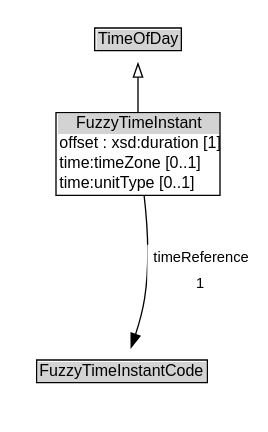
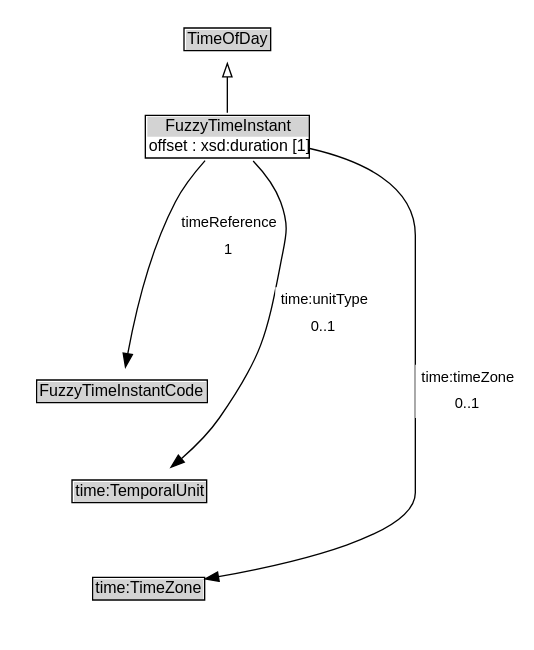
The diagram in docs/diagrams/FuzzyTimeInstant.dot (k-vaughn/ontology-its-time), drawn with Graphviz before and after one commit. The commit also changed 77 other files, not shown here.

```diff
--- a/docs/diagrams/FuzzyTimeInstant.dot
+++ b/docs/diagrams/FuzzyTimeInstant.dot
@@ -1,24 +1,32 @@
 // Diagram for FuzzyTimeInstant
 digraph {
 	graph [overlap=false rankdir=TB splines=true]
 	node [fontname=Arial fontsize=12 margin=0 shape=none]
 	edge [fontname=Arial fontsize=11]
 	{
 		rank=source
 		TimeOfDay [label=<<TABLE BORDER="1" CELLBORDER="0" CELLSPACING="0" CELLPADDING="1"><TR><TD BGCOLOR="lightgray" ALIGN="CENTER">TimeOfDay</TD></TR></TABLE>> URL="../TimeOfDay" margin=0]
 	}
-	FuzzyTimeInstant [label=<<TABLE BORDER="1" CELLBORDER="0" CELLSPACING="0" CELLPADDING="1"><TR><TD BGCOLOR="lightgray" ALIGN="CENTER">FuzzyTimeInstant</TD></TR><TR><TD ALIGN="LEFT">offset : xsd:duration [1]</TD></TR><TR><TD ALIGN="LEFT">time:timeZone [0..1]</TD></TR><TR><TD ALIGN="LEFT">time:unitType [0..1]</TD></TR></TABLE>> URL="../FuzzyTimeInstant" margin=0]
+	FuzzyTimeInstant [label=<<TABLE BORDER="1" CELLBORDER="0" CELLSPACING="0" CELLPADDING="1"><TR><TD BGCOLOR="lightgray" ALIGN="CENTER">FuzzyTimeInstant</TD></TR><TR><TD ALIGN="LEFT">offset : xsd:duration [1]</TD></TR></TABLE>> URL="../FuzzyTimeInstant" margin=0]
 	{
 		rank=max
 	}
 	subgraph cluster_associated {
 		label="" style=invis
 		Invis [label=<<TABLE BORDER="0" CELLBORDER="0" CELLSPACING="0" CELLPADDING="1"><TR><TD></TD></TR></TABLE>> margin=0 style=invis]
 		FuzzyTimeInstantCode [label=<<TABLE BORDER="1" CELLBORDER="0" CELLSPACING="0" CELLPADDING="1"><TR><TD BGCOLOR="lightgray" ALIGN="CENTER">FuzzyTimeInstantCode</TD></TR></TABLE>> URL="../FuzzyTimeInstantCode" margin=0]
+		time_TemporalUnit [label=<<TABLE BORDER="1" CELLBORDER="0" CELLSPACING="0" CELLPADDING="1"><TR><TD BGCOLOR="lightgray" ALIGN="CENTER">time:TemporalUnit</TD></TR></TABLE>> URL="https://w3id.org/citydata/imported/time/latest/TemporalUnit" margin=0]
+		time_TimeZone [label=<<TABLE BORDER="1" CELLBORDER="0" CELLSPACING="0" CELLPADDING="1"><TR><TD BGCOLOR="lightgray" ALIGN="CENTER">time:TimeZone</TD></TR></TABLE>> URL="https://w3id.org/citydata/imported/time/latest/TimeZone" margin=0]
 	}
 	FuzzyTimeInstant -> TimeOfDay [arrowhead=onormal style=solid]
 	FuzzyTimeInstant -> Invis [style=invis]
 	Invis -> FuzzyTimeInstantCode [style=invis]
+	FuzzyTimeInstantCode -> time_TemporalUnit [style=invis]
+	time_TemporalUnit -> time_TimeZone [style=invis]
 	FuzzyTimeInstantCode [label=<<TABLE BORDER="1" CELLBORDER="0" CELLSPACING="0" CELLPADDING="1"><TR><TD BGCOLOR="lightgray" ALIGN="CENTER">FuzzyTimeInstantCode</TD></TR></TABLE>> URL="../FuzzyTimeInstantCode" margin=0]
 	FuzzyTimeInstant -> FuzzyTimeInstantCode [label=<<TABLE BORDER="0" CELLBORDER="0" CELLSPACING="0" CELLPADDING="4" BGCOLOR="white"><TR><TD ALIGN="CENTER">timeReference</TD></TR><TR><TD ALIGN="CENTER">1</TD></TR></TABLE>> arrowhead=normal style=solid]
+	time_TimeZone [label=<<TABLE BORDER="1" CELLBORDER="0" CELLSPACING="0" CELLPADDING="1"><TR><TD BGCOLOR="lightgray" ALIGN="CENTER">time:TimeZone</TD></TR></TABLE>> URL="https://w3id.org/citydata/imported/time/latest/TimeZone" margin=0]
+	FuzzyTimeInstant -> time_TimeZone [label=<<TABLE BORDER="0" CELLBORDER="0" CELLSPACING="0" CELLPADDING="4" BGCOLOR="white"><TR><TD ALIGN="CENTER">time:timeZone</TD></TR><TR><TD ALIGN="CENTER">0..1</TD></TR></TABLE>> arrowhead=normal style=solid]
+	time_TemporalUnit [label=<<TABLE BORDER="1" CELLBORDER="0" CELLSPACING="0" CELLPADDING="1"><TR><TD BGCOLOR="lightgray" ALIGN="CENTER">time:TemporalUnit</TD></TR></TABLE>> URL="https://w3id.org/citydata/imported/time/latest/TemporalUnit" margin=0]
+	FuzzyTimeInstant -> time_TemporalUnit [label=<<TABLE BORDER="0" CELLBORDER="0" CELLSPACING="0" CELLPADDING="4" BGCOLOR="white"><TR><TD ALIGN="CENTER">time:unitType</TD></TR><TR><TD ALIGN="CENTER">0..1</TD></TR></TABLE>> arrowhead=normal style=solid]
 }
```
